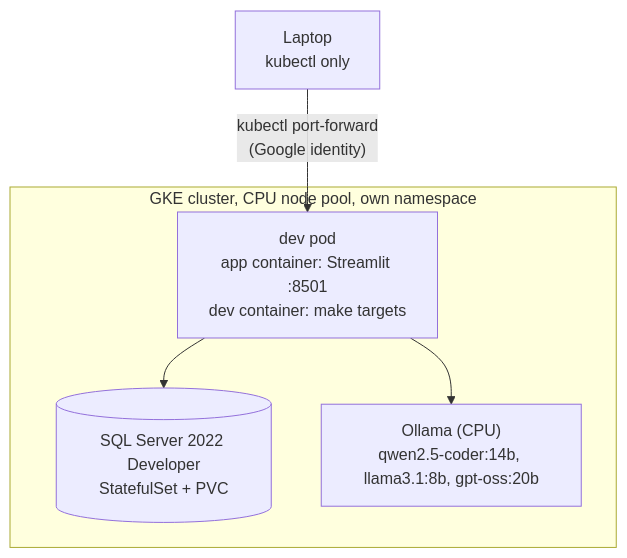
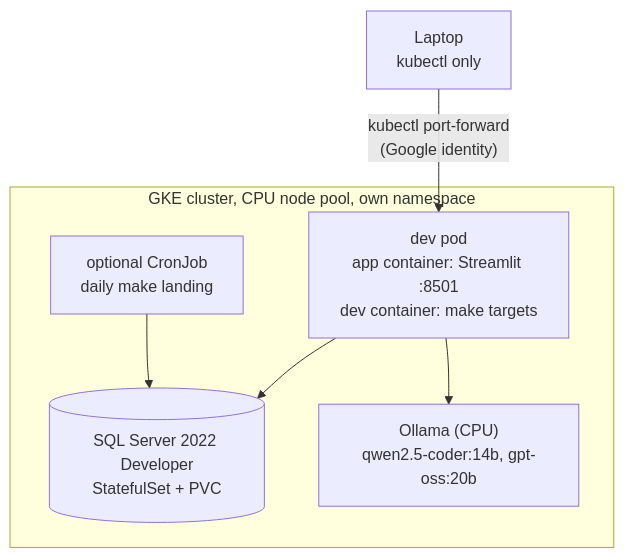
The third of 3 diagrams in docs/architecture.md (ankdeshm/rl-finbot), drawn with Mermaid before and after one commit. The commit also changed other lines of this file and 301 other files, not shown here.

````diff
--- a/docs/architecture.md
+++ b/docs/architecture.md
@@ -78,11 +125,13 @@
 ```mermaid
 flowchart TB
     L["Laptop<br/>kubectl only"] -->|"kubectl port-forward<br/>(Google identity)"| APP
     subgraph GKE["GKE cluster, CPU node pool, own namespace"]
         APP["dev pod<br/>app container: Streamlit :8501<br/>dev container: make targets"]
+        CJ["optional CronJob<br/>daily make landing"]
         MS[("SQL Server 2022 Developer<br/>StatefulSet + PVC")]
-        OL["Ollama (CPU)<br/>qwen2.5-coder:14b, llama3.1:8b, gpt-oss:20b"]
+        OL["Ollama (CPU)<br/>qwen2.5-coder:14b, gpt-oss:20b"]
         APP --> MS
         APP --> OL
+        CJ --> MS
     end
 ```
````
